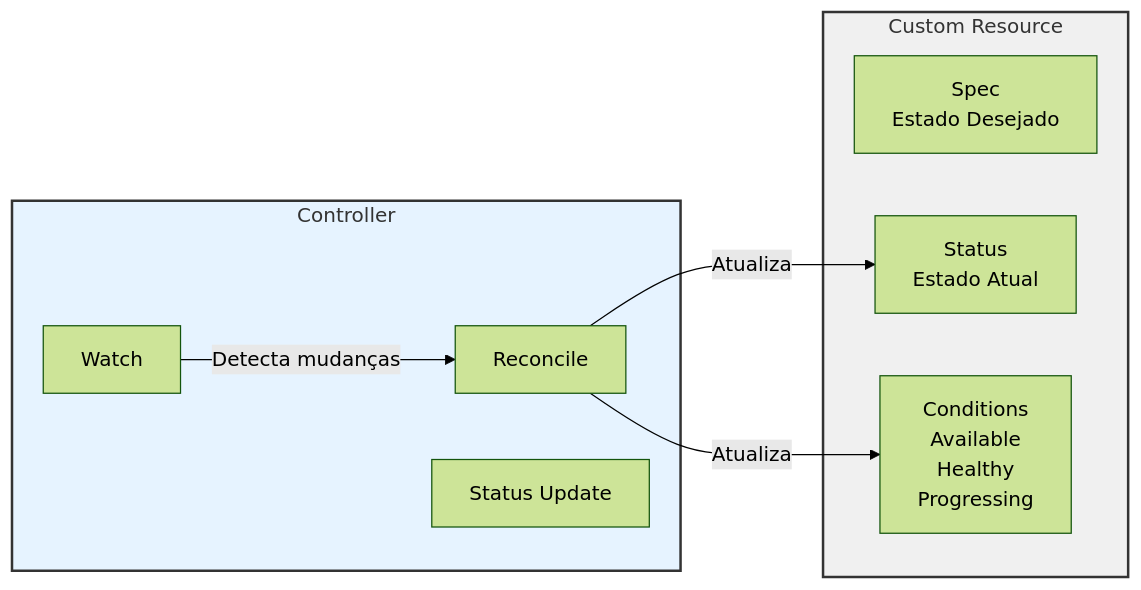
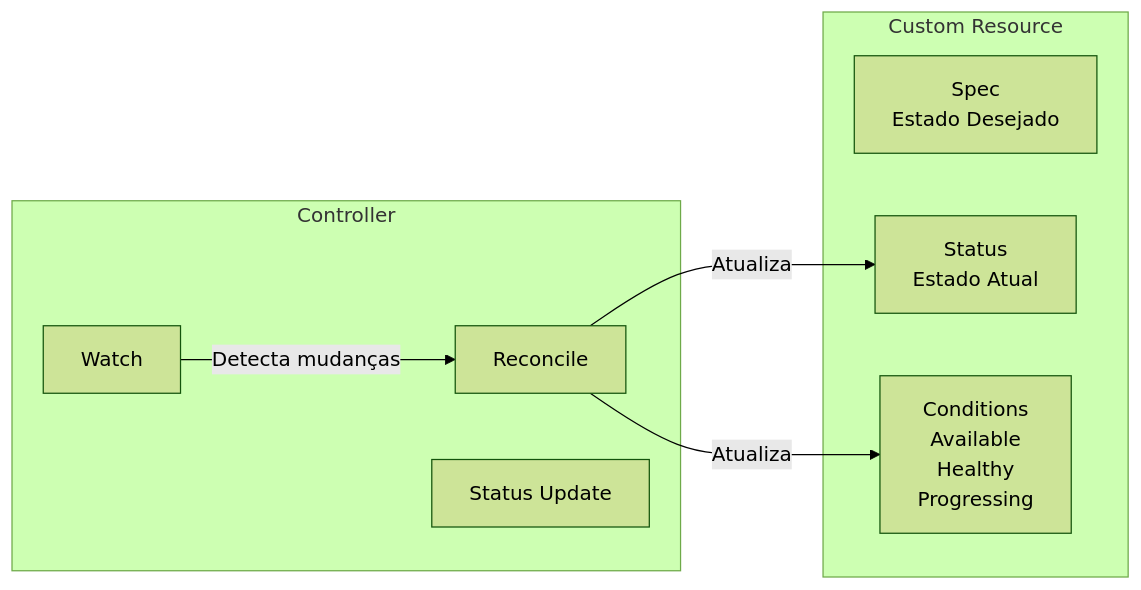
One commit to cloud104/tcloud-devops-k8s-operators-training changed the fourth of 9 diagrams in docs/extras/advanced-operator-patterns.md. Above: the diagram before and after it, drawn with Mermaid (forest theme). The commit also changed other lines of this file and 6 other files, not shown here.

First line of the commit message:
docs: revisa material teorico, corrige APIs e melhora diagramas

````diff
--- a/docs/extras/advanced-operator-patterns.md
+++ b/docs/extras/advanced-operator-patterns.md
@@ -135,26 +120,23 @@
 ```mermaid
 flowchart LR
     subgraph CR ["Custom Resource"]
         SPEC["Spec
         Estado Desejado"]
         STATUS["Status
         Estado Atual"]
         COND["Conditions
         Available
         Healthy
         Progressing"]
     end
     
     subgraph CTRL ["Controller"]
         WATCH["Watch"]
         RECONCILE["Reconcile"]
         UPDATE["Status Update"]
     end
     
     WATCH -->|"Detecta mudanças"| RECONCILE
     RECONCILE -->|"Atualiza"| STATUS
     RECONCILE -->|"Atualiza"| COND
-    
-    style CR fill:#f0f0f0,stroke:#333,stroke-width:2px
-    style CTRL fill:#e6f3ff,stroke:#333,stroke-width:2px
 ```
````
